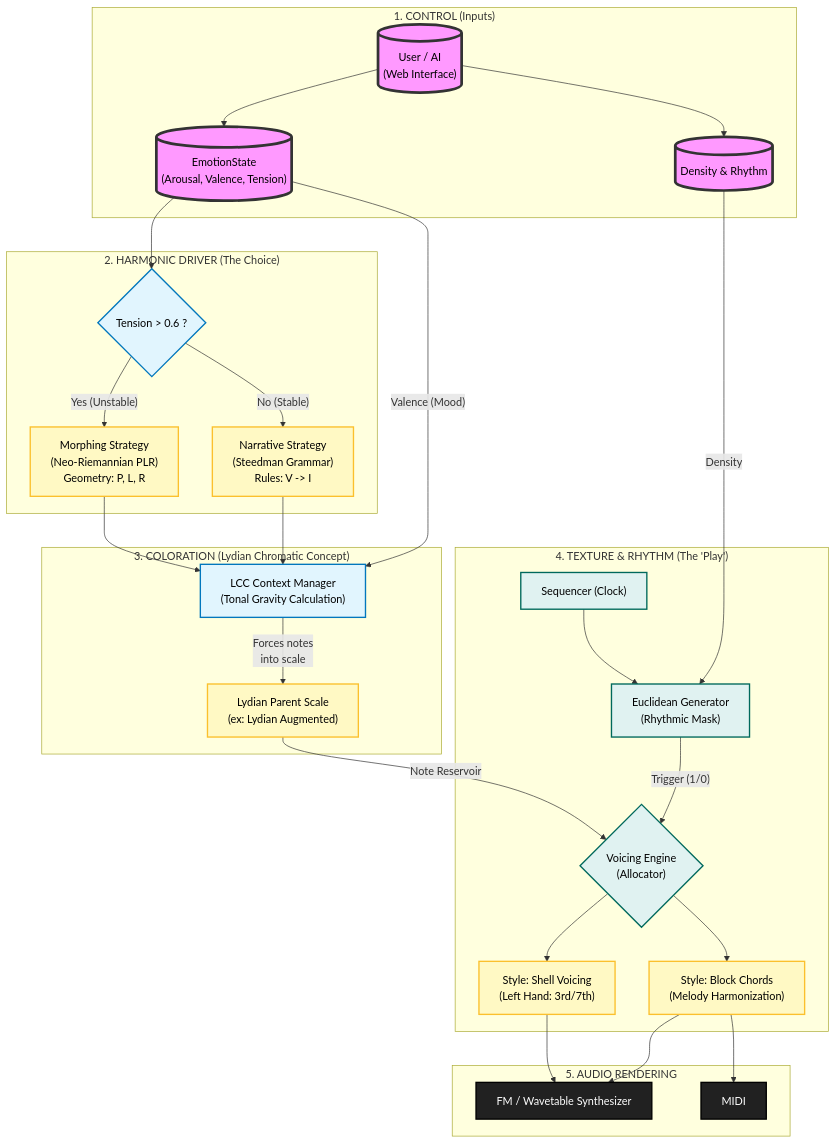
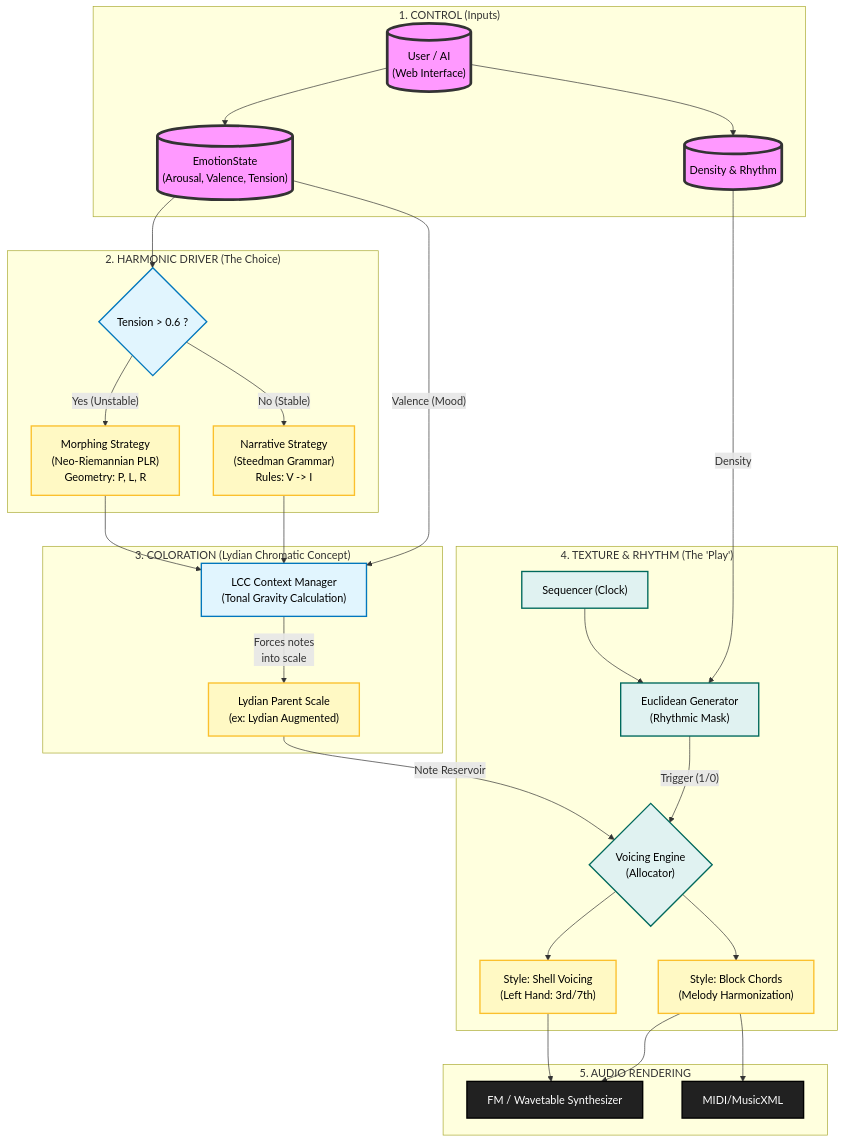
One commit to bascanada/harmonium changed the diagram in README.md. Above: the diagram before and after it, drawn with Mermaid.

Commit message:
web export

````diff
--- a/README.md
+++ b/README.md
@@ -89,77 +89,77 @@
 ```mermaid
   graph TD
     %% --- STYLING ---
     classDef control fill:#f9f,stroke:#333,stroke-width:4px,color:black;
     classDef brain fill:#e1f5fe,stroke:#0277bd,stroke-width:2px,color:black;
     classDef theory fill:#fff9c4,stroke:#fbc02d,stroke-width:2px,color:black;
     classDef perform fill:#e0f2f1,stroke:#00695c,stroke-width:2px,color:black;
     classDef output fill:#212121,stroke:#000,stroke-width:2px,color:white;
 
     %% --- 1. CONTROL LAYER ---
     subgraph CONTROL ["1. CONTROL (Inputs)"]
         User[("User / AI<br/>(Web Interface)")]:::control
         Param_E[("EmotionState<br/>(Arousal, Valence, Tension)")]:::control
         Param_D[("Density & Rhythm")]:::control
         
         User --> Param_E
         User --> Param_D
     end
 
     %% --- 2. HARMONIC BRAIN ---
     subgraph DRIVER ["2. HARMONIC DRIVER (The Choice)"]
         Decision{"Tension > 0.6 ?"}:::brain
         
         Param_E --> Decision
         
         %% Strategy A: Low Tension
         Narrative["Narrative Strategy<br/>(Steedman Grammar)<br/>Rules: V -> I"]:::theory
         
         %% Strategy B: High Tension
         Morphing["Morphing Strategy<br/>(Neo-Riemannian PLR)<br/>Geometry: P, L, R"]:::theory
         
         Decision -- No (Stable) --> Narrative
         Decision -- Yes (Unstable) --> Morphing
     end
 
     %% --- 3. COLORATION ---
     subgraph COLOR ["3. COLORATION (Lydian Chromatic Concept)"]
         LCC_Engine["LCC Context Manager<br/>(Tonal Gravity Calculation)"]:::brain
         LCC_Scale["Lydian Parent Scale<br/>(ex: Lydian Augmented)"]:::theory
         
         Param_E -- "Valence (Mood)" --> LCC_Engine
         Narrative --> LCC_Engine
         Morphing --> LCC_Engine
         
         LCC_Engine -->|"Forces notes<br/>into scale"| LCC_Scale
     end
 
     %% --- 4. PERFORMANCE & TEXTURE ---
     subgraph VOICER ["4. TEXTURE & RHYTHM (The 'Play')"]
         Sequencer["Sequencer (Clock)"]:::perform
         Euclid["Euclidean Generator<br/>(Rhythmic Mask)"]:::perform
         
         VoiceEngine{"Voicing Engine<br/>(Allocator)"}:::perform
         
         Param_D -- "Density" --> Euclid
         Sequencer --> Euclid
         Euclid -- "Trigger (1/0)" --> VoiceEngine
         LCC_Scale -- "Note Reservoir" --> VoiceEngine
         
         %% Playing Styles
         Style_Block["Style: Block Chords<br/>(Melody Harmonization)"]:::theory
         Style_Shell["Style: Shell Voicing<br/>(Left Hand: 3rd/7th)"]:::theory
         
         VoiceEngine --> Style_Block
         VoiceEngine --> Style_Shell
     end
 
     %% --- 5. AUDIO OUTPUT ---
     subgraph AUDIO ["5. AUDIO RENDERING"]
         Synth["FM / Wavetable Synthesizer"]:::output
-        Midi["MIDI"]:::output
+        Midi["MIDI/MusicXML"]:::output
         
         Style_Block --> Synth
         Style_Shell --> Synth
         Style_Block --> Midi
     end
 ```
````
